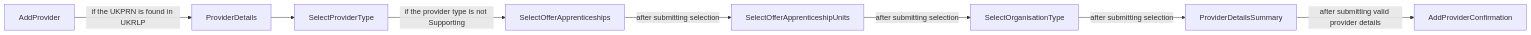
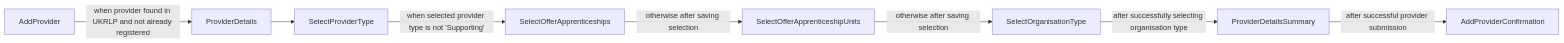
Before and after one commit to talentconsulting/atlas-dfe: the first of 15 diagrams in das-admin-roatp-web/user-journeys/user-journeys.md, drawn with Mermaid. The commit also changed other lines of this file and 36 other files, not shown here.

````diff
--- a/das-admin-roatp-web/user-journeys/user-journeys.md
+++ b/das-admin-roatp-web/user-journeys/user-journeys.md
@@ -9,10 +9,10 @@
 ```mermaid
 flowchart LR
-  p0["AddProvider"] -->|"if the UKPRN is found in UKRLP"| p1["ProviderDetails"]
+  p0["AddProvider"] -->|"when provider found in UKRLP and not already registered"| p1["ProviderDetails"]
   p1["ProviderDetails"] --> p2["SelectProviderType"]
-  p2["SelectProviderType"] -->|"if the provider type is not Supporting"| p3["SelectOfferApprenticeships"]
-  p3["SelectOfferApprenticeships"] -->|"after submitting selection"| p4["SelectOfferApprenticeshipUnits"]
-  p4["SelectOfferApprenticeshipUnits"] -->|"after submitting selection"| p5["SelectOrganisationType"]
-  p5["SelectOrganisationType"] -->|"after submitting selection"| p6["ProviderDetailsSummary"]
-  p6["ProviderDetailsSummary"] -->|"after submitting valid provider details"| p7["AddProviderConfirmation"]
+  p2["SelectProviderType"] -->|"when selected provider type is not 'Supporting'"| p3["SelectOfferApprenticeships"]
+  p3["SelectOfferApprenticeships"] -->|"otherwise after saving selection"| p4["SelectOfferApprenticeshipUnits"]
+  p4["SelectOfferApprenticeshipUnits"] -->|"otherwise after saving selection"| p5["SelectOrganisationType"]
+  p5["SelectOrganisationType"] -->|"after successfully selecting organisation type"| p6["ProviderDetailsSummary"]
+  p6["ProviderDetailsSummary"] -->|"after successful provider submission"| p7["AddProviderConfirmation"]
 ```
````
